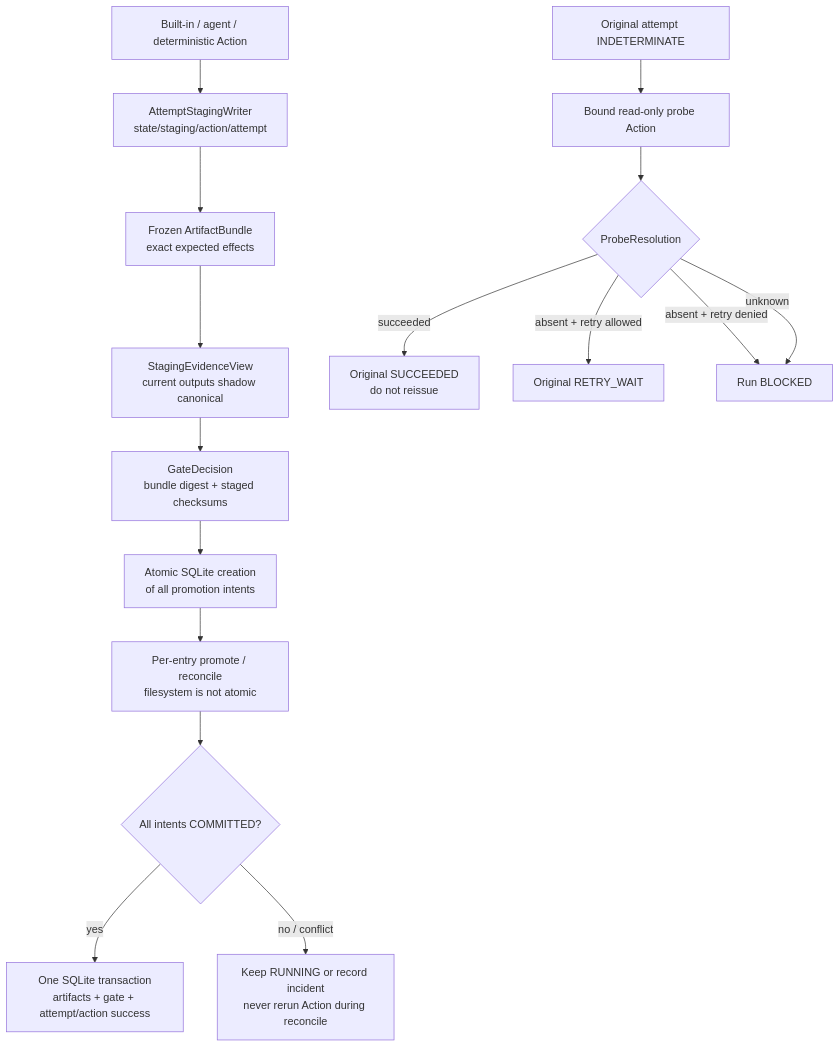
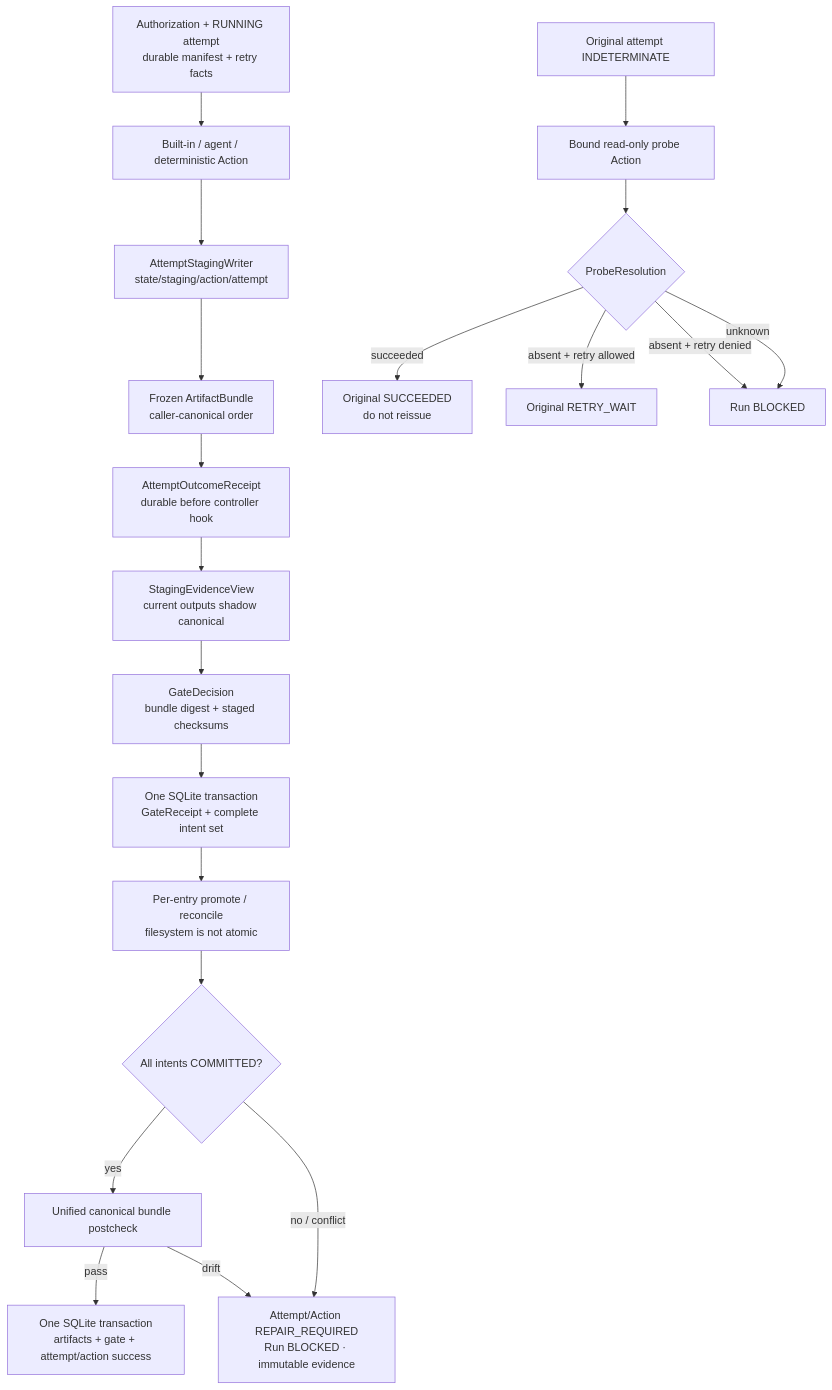
The diagram in docs/superpowers/plans/2026-08-04-constrained-dynamic-orchestration.md (Valkure-Yip/ai-book-interpreter), drawn with Mermaid before and after one commit. The commit also changed other lines of this file and 1 other file, not shown here.

Commit message:
docs: close bundle protocol recovery gaps

````diff
--- a/docs/superpowers/plans/2026-08-04-constrained-dynamic-orchestration.md
+++ b/docs/superpowers/plans/2026-08-04-constrained-dynamic-orchestration.md
@@ -59,19 +70,23 @@
 ```mermaid
 flowchart TD
-    ACTION["Built-in / agent / deterministic Action"] --> WRITER["AttemptStagingWriter<br/>state/staging/action/attempt"]
-    WRITER --> BUNDLE["Frozen ArtifactBundle<br/>exact expected effects"]
-    BUNDLE --> VIEW["StagingEvidenceView<br/>current outputs shadow canonical"]
+    AUTH["Authorization + RUNNING attempt<br/>durable manifest + retry facts"] --> ACTION["Built-in / agent / deterministic Action"]
+    ACTION --> WRITER["AttemptStagingWriter<br/>state/staging/action/attempt"]
+    WRITER --> BUNDLE["Frozen ArtifactBundle<br/>caller-canonical order"]
+    BUNDLE --> OUTREC["AttemptOutcomeReceipt<br/>durable before controller hook"]
+    OUTREC --> VIEW["StagingEvidenceView<br/>current outputs shadow canonical"]
     VIEW --> GATE["GateDecision<br/>bundle digest + staged checksums"]
-    GATE --> INTENTS["Atomic SQLite creation<br/>of all promotion intents"]
+    GATE --> INTENTS["One SQLite transaction<br/>GateReceipt + complete intent set"]
     INTENTS --> PROMOTE["Per-entry promote / reconcile<br/>filesystem is not atomic"]
     PROMOTE --> ALL{"All intents COMMITTED?"}
-    ALL -- "yes" --> SUCCESS["One SQLite transaction<br/>artifacts + gate + attempt/action success"]
-    ALL -- "no / conflict" --> INCIDENT["Keep RUNNING or record incident<br/>never rerun Action during reconcile"]
+    ALL -- "yes" --> POSTCHECK["Unified canonical bundle postcheck"]
+    POSTCHECK -- "pass" --> SUCCESS["One SQLite transaction<br/>artifacts + gate + attempt/action success"]
+    ALL -- "no / conflict" --> INCIDENT["Attempt/Action REPAIR_REQUIRED<br/>Run BLOCKED · immutable evidence"]
+    POSTCHECK -- "drift" --> INCIDENT
 
     INDET["Original attempt INDETERMINATE"] --> PROBE["Bound read-only probe Action"]
     PROBE --> RESOLUTION{"ProbeResolution"}
     RESOLUTION -- "succeeded" --> ORIGINALOK["Original SUCCEEDED<br/>do not reissue"]
     RESOLUTION -- "absent + retry allowed" --> RETRY["Original RETRY_WAIT"]
     RESOLUTION -- "absent + retry denied" --> BLOCKED["Run BLOCKED"]
     RESOLUTION -- "unknown" --> BLOCKED
 ```
````
